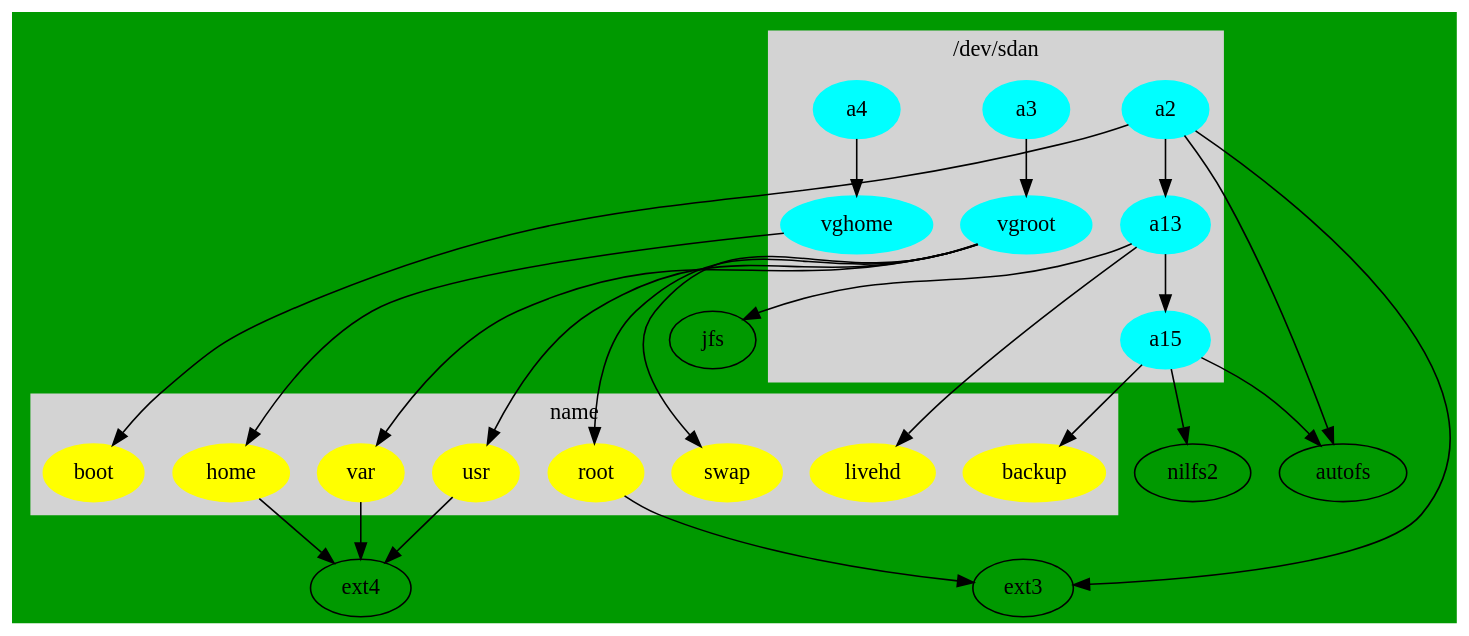
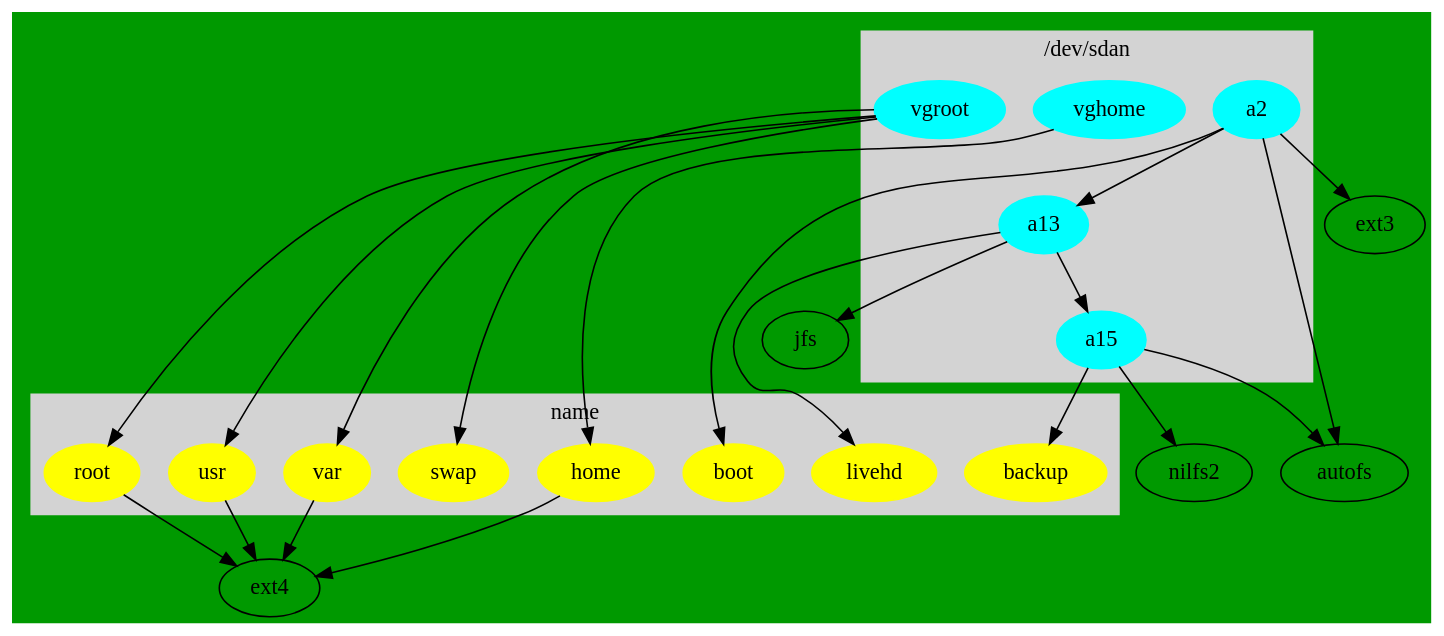
Before and after one commit to cdede/dotfiles: the diagram in dot/.config/dupl/parted.dot, drawn with Graphviz.

Commit message:
root ext4

```diff
--- a/dot/.config/dupl/parted.dot
+++ b/dot/.config/dupl/parted.dot
@@ -1,47 +1,47 @@
 // dot -Tpng  parted.dot -o line1.png
 digraph G {
   bgcolor ="#009900";
 
 	subgraph cluster_0 {
 		style=filled;
 		color=lightgrey;
 		node [style=filled,color=cyan];
 		a2 -> a13->a15;
-                a3 ->vgroot;
-                a4 ->vghome;
+                vgroot;
+                vghome;
 		label = "/dev/sdan";
 	}
 
 	subgraph cluster_2 {
 		style=filled;
 		color=lightgrey;
 		node [style=filled,color=yellow];
 		boot;
 		backup;
                 livehd;
 		root ;
                 usr;
                 var;
 		swap;
 		home;
 		label = "name";
 	}
 
 	a2 -> boot;
 	a2 -> ext3;
 	a2 -> autofs;
         vgroot -> swap ;
         vgroot -> root ;
-        root -> ext3;
+        root -> ext4;
         vgroot -> usr ;
         usr ->ext4;
         vgroot -> var ;
         var ->ext4;
         a15 -> backup;
         a15 -> nilfs2;
         a15 -> autofs;
         vghome -> home;
 	home -> ext4;
         a13 ->livehd;
         a13 ->jfs;
 }
```
